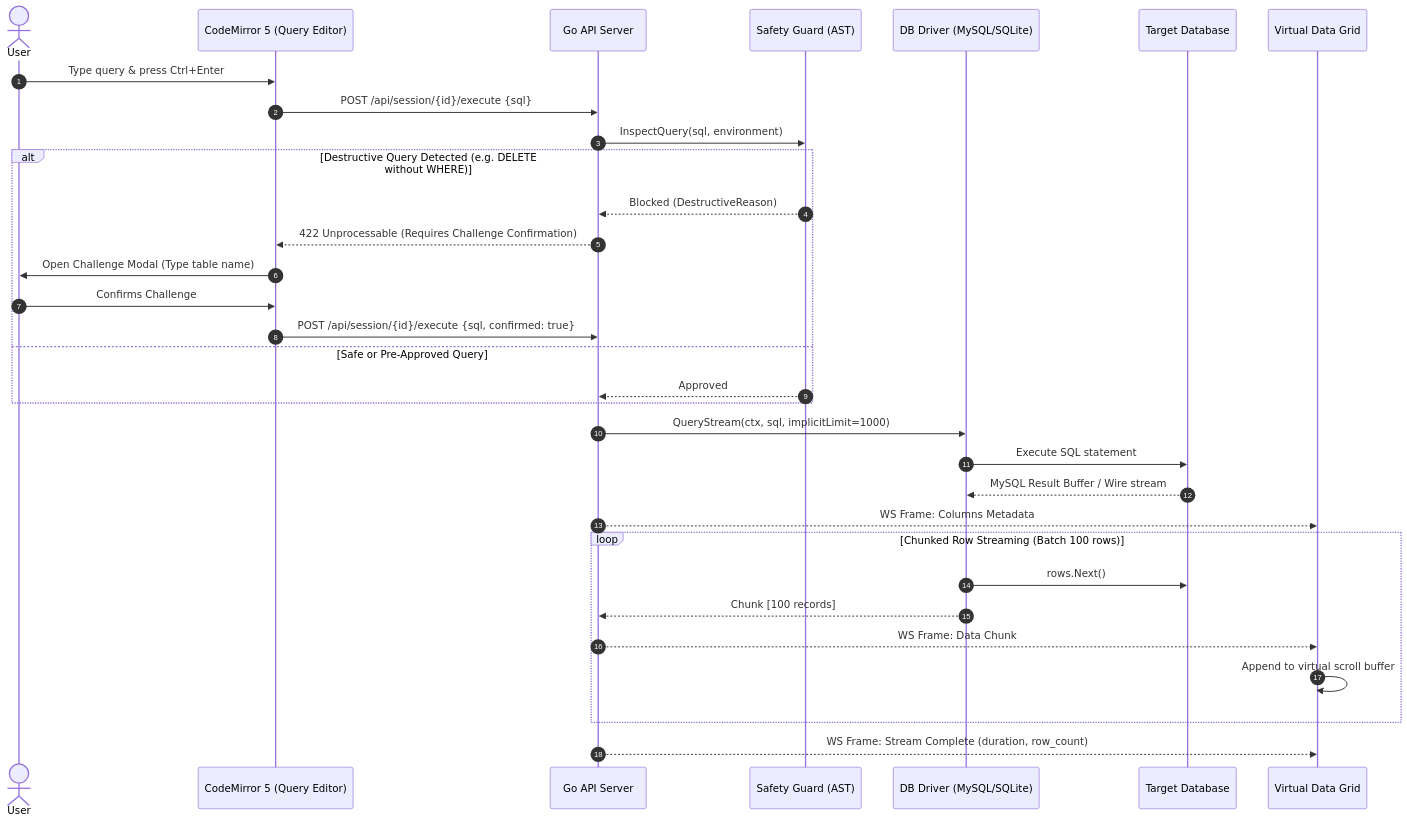
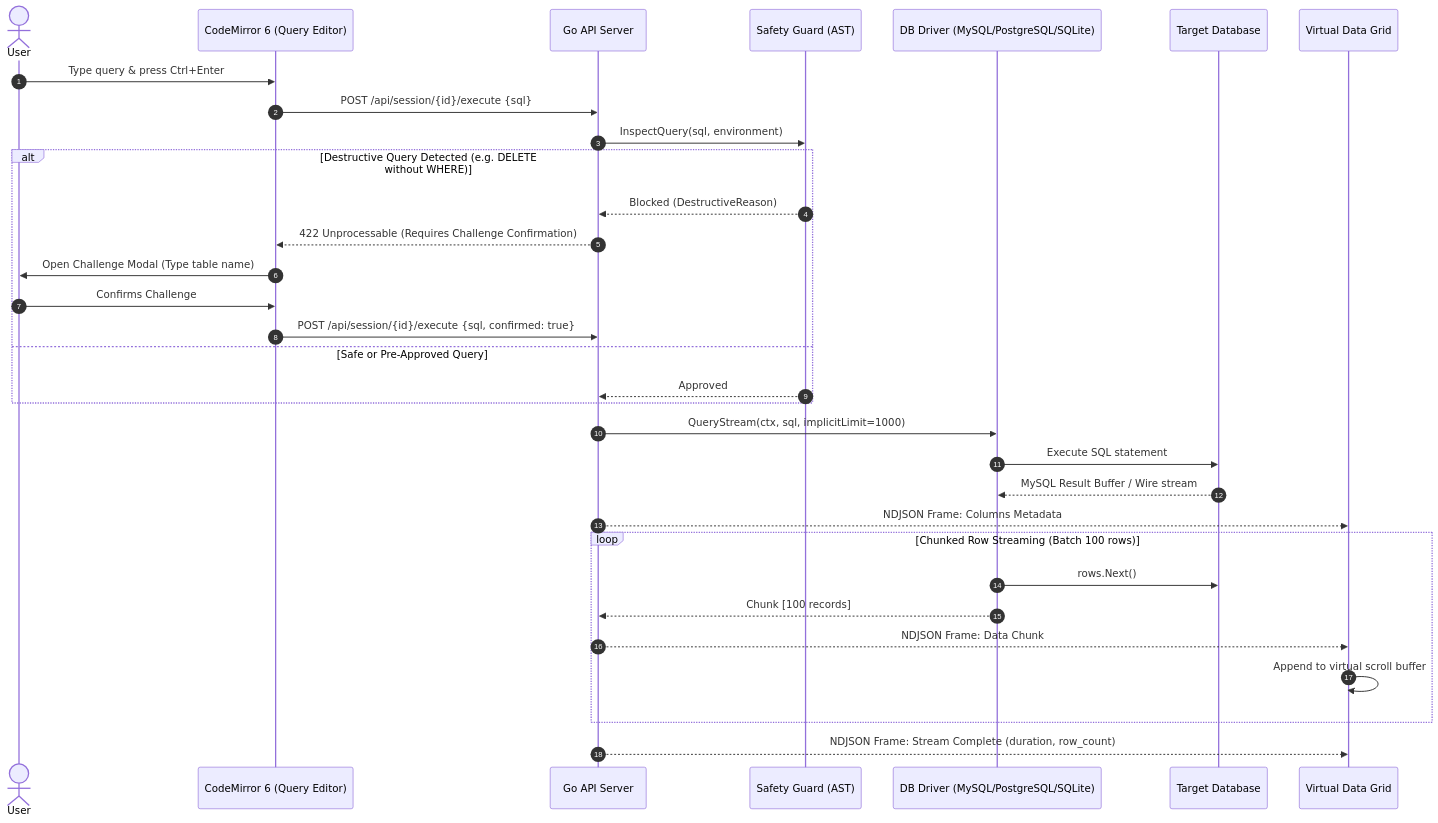
Before and after one commit to herliansyah/sqlfox: the second of 26 diagrams in ARCHITECTURE.md, drawn with Mermaid. The commit also changed other lines of this file and 345 other files, not shown here.

````diff
--- a/ARCHITECTURE.md
+++ b/ARCHITECTURE.md
@@ -55,38 +55,38 @@
 ```mermaid
 sequenceDiagram
     autonumber
     actor User
-    participant Editor as CodeMirror 5 (Query Editor)
+    participant Editor as CodeMirror 6 (Query Editor)
     participant Server as Go API Server
     participant Guard as Safety Guard (AST)
-    participant Driver as DB Driver (MySQL/SQLite)
+    participant Driver as DB Driver (MySQL/PostgreSQL/SQLite)
     participant Target as Target Database
     participant Grid as Virtual Data Grid
 
     User->>Editor: Type query & press Ctrl+Enter
     Editor->>Server: POST /api/session/{id}/execute {sql}
     Server->>Guard: InspectQuery(sql, environment)
     
     alt Destructive Query Detected (e.g. DELETE without WHERE)
         Guard-->>Server: Blocked (DestructiveReason)
         Server-->>Editor: 422 Unprocessable (Requires Challenge Confirmation)
         Editor->>User: Open Challenge Modal (Type table name)
         User->>Editor: Confirms Challenge
         Editor->>Server: POST /api/session/{id}/execute {sql, confirmed: true}
     else Safe or Pre-Approved Query
         Guard-->>Server: Approved
     end
 
     Server->>Driver: QueryStream(ctx, sql, implicitLimit=1000)
     Driver->>Target: Execute SQL statement
     Target-->>Driver: MySQL Result Buffer / Wire stream
 
-    Server-->>Grid: WS Frame: Columns Metadata
+    Server-->>Grid: NDJSON Frame: Columns Metadata
     loop Chunked Row Streaming (Batch 100 rows)
         Driver->>Target: rows.Next()
         Driver-->>Server: Chunk [100 records]
-        Server-->>Grid: WS Frame: Data Chunk
+        Server-->>Grid: NDJSON Frame: Data Chunk
         Grid->>Grid: Append to virtual scroll buffer
     end
-    Server-->>Grid: WS Frame: Stream Complete (duration, row_count)
+    Server-->>Grid: NDJSON Frame: Stream Complete (duration, row_count)
 ```
````
